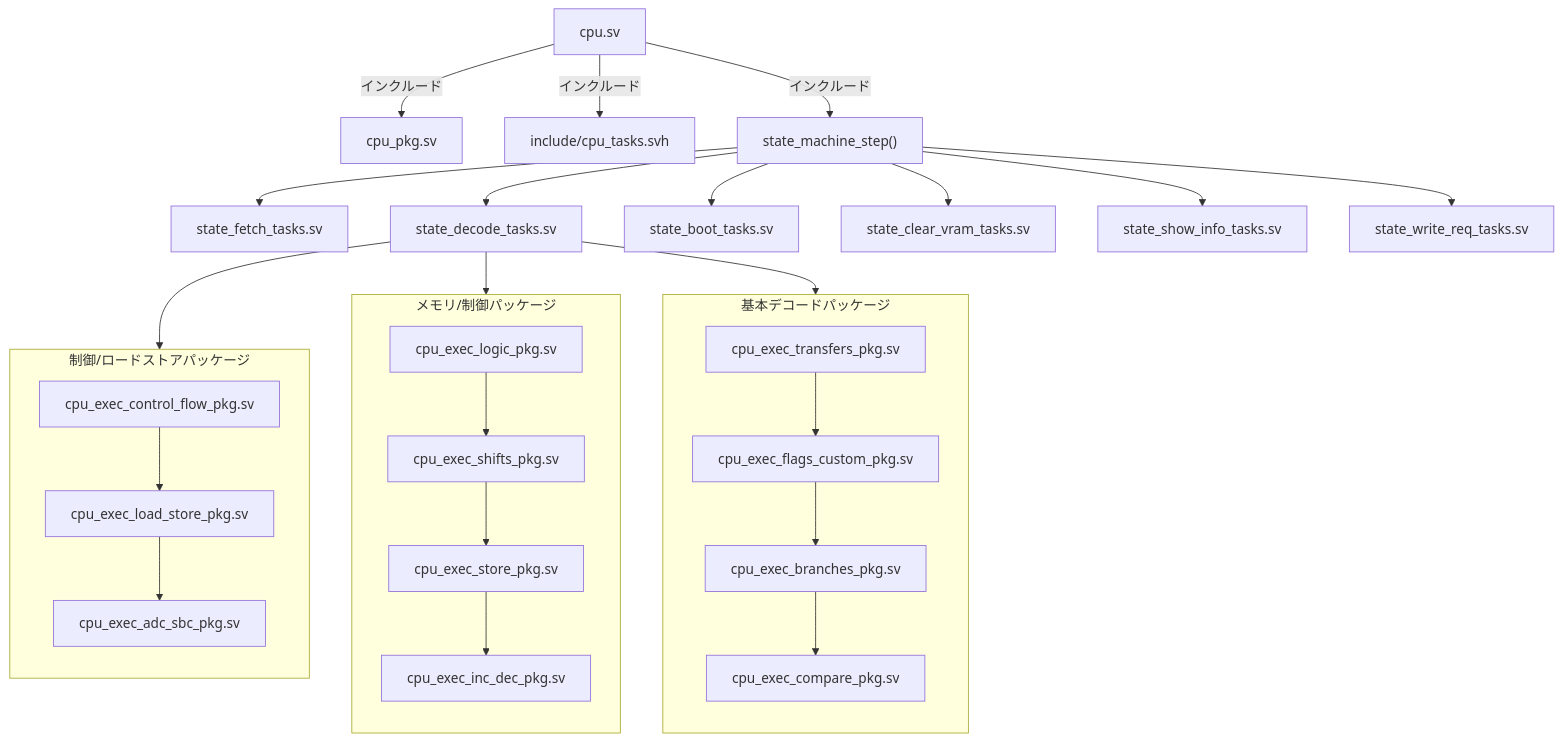
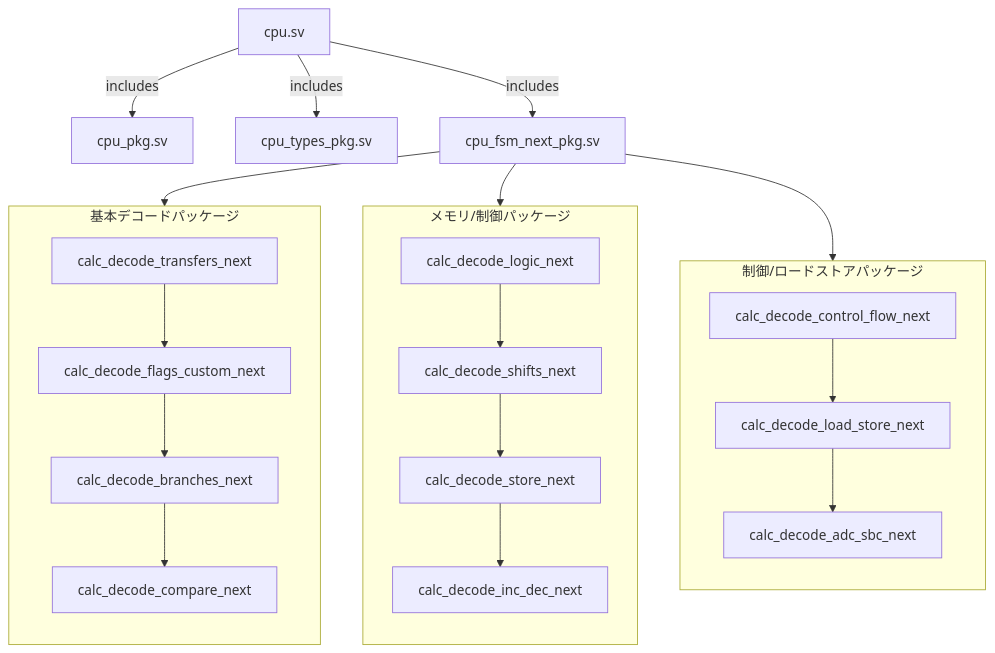
The third of 6 diagrams in day99_completed/docs/README_architecture_ja.md (sokoide/tangnano_6502_cpu), drawn with Mermaid before and after one commit. The commit also changed other lines of this file and 14 other files, not shown here.

````diff
--- a/day99_completed/docs/README_architecture_ja.md
+++ b/day99_completed/docs/README_architecture_ja.md
@@ -169,31 +168,25 @@
 ```mermaid
 graph TB
     cpu[cpu.sv]
-    cpu -->|インクルード| pkg[cpu_pkg.sv]
-    cpu -->|インクルード| tasks[include/cpu_tasks.svh]
-    cpu -->|インクルード| state_machine["state_machine_step()"]
-    state_machine --> state_fetch[state_fetch_tasks.sv]
-    state_machine --> state_decode[state_decode_tasks.sv]
-    state_machine --> state_boot[state_boot_tasks.sv]
-    state_machine --> state_clear[state_clear_vram_tasks.sv]
-    state_machine --> state_show[state_show_info_tasks.sv]
-    state_machine --> state_write_req[state_write_req_tasks.sv]
-    state_decode --> exec_transfers
-    state_decode --> exec_logic
-    state_decode --> exec_control_flow
+    cpu -->|includes| pkg[cpu_pkg.sv]
+    cpu -->|includes| types[cpu_types_pkg.sv]
+    cpu -->|includes| fsm[cpu_fsm_next_pkg.sv]
+    fsm --> decode_col1
+    fsm --> decode_col2
+    fsm --> decode_col3
 
     subgraph decode_col1["基本デコードパッケージ"]
       direction TB
-      exec_transfers[cpu_exec_transfers_pkg.sv] --> exec_flags[cpu_exec_flags_custom_pkg.sv] --> exec_branches[cpu_exec_branches_pkg.sv] --> exec_compare[cpu_exec_compare_pkg.sv]
+      transfers["calc_decode_transfers_next"] --> flags["calc_decode_flags_custom_next"] --> branches["calc_decode_branches_next"] --> compare["calc_decode_compare_next"]
     end
 
     subgraph decode_col2["メモリ/制御パッケージ"]
       direction TB
-      exec_logic[cpu_exec_logic_pkg.sv] --> exec_shifts[cpu_exec_shifts_pkg.sv] --> exec_store[cpu_exec_store_pkg.sv] --> exec_inc_dec[cpu_exec_inc_dec_pkg.sv]
+      logic["calc_decode_logic_next"] --> shifts["calc_decode_shifts_next"] --> store["calc_decode_store_next"] --> inc_dec["calc_decode_inc_dec_next"]
     end
 
     subgraph decode_col3["制御/ロードストアパッケージ"]
       direction TB
-      exec_control_flow[cpu_exec_control_flow_pkg.sv] --> exec_load_store[cpu_exec_load_store_pkg.sv] --> exec_adc_sbc[cpu_exec_adc_sbc_pkg.sv]
+      control_flow["calc_decode_control_flow_next"] --> load_store["calc_decode_load_store_next"] --> adc_sbc["calc_decode_adc_sbc_next"]
     end
 ```
````
